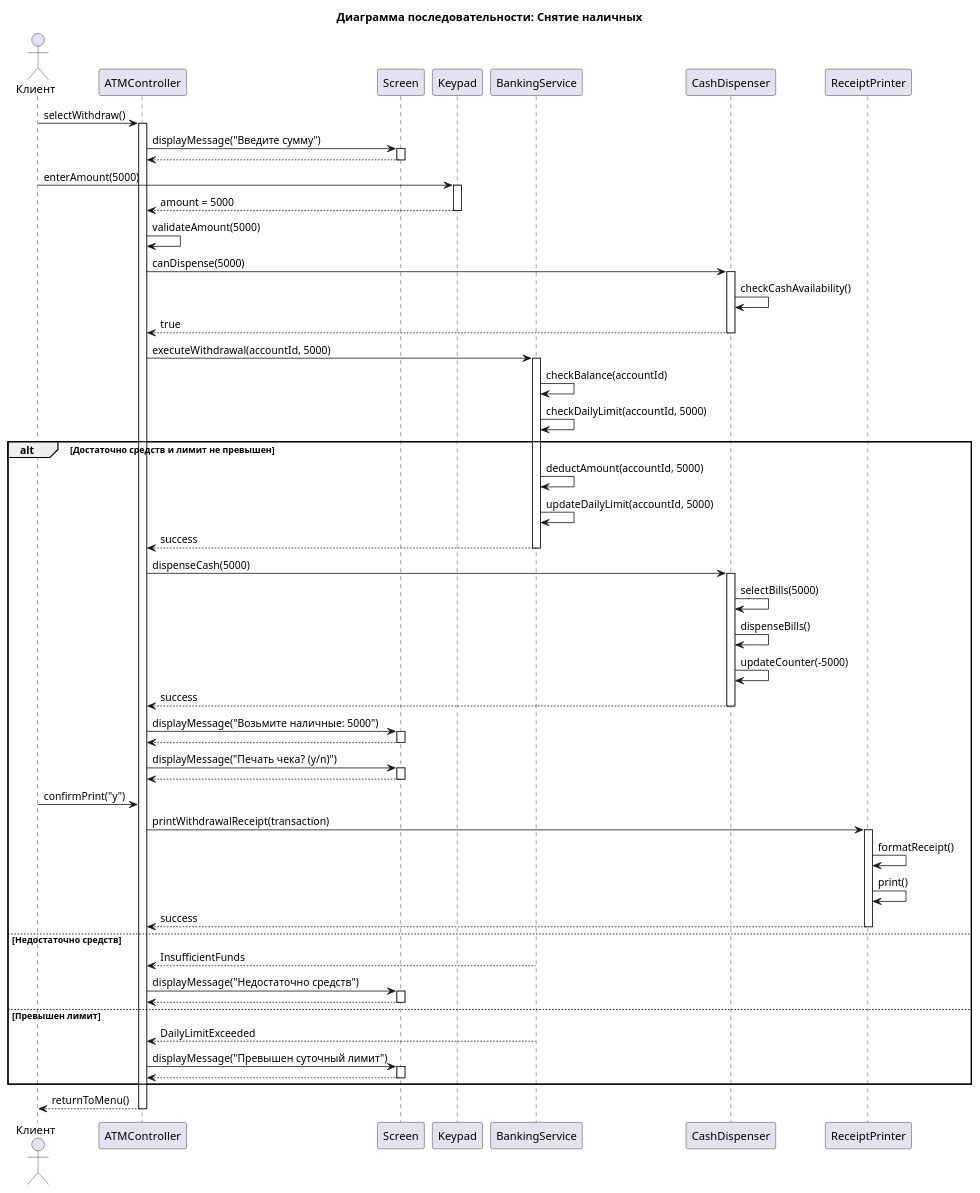
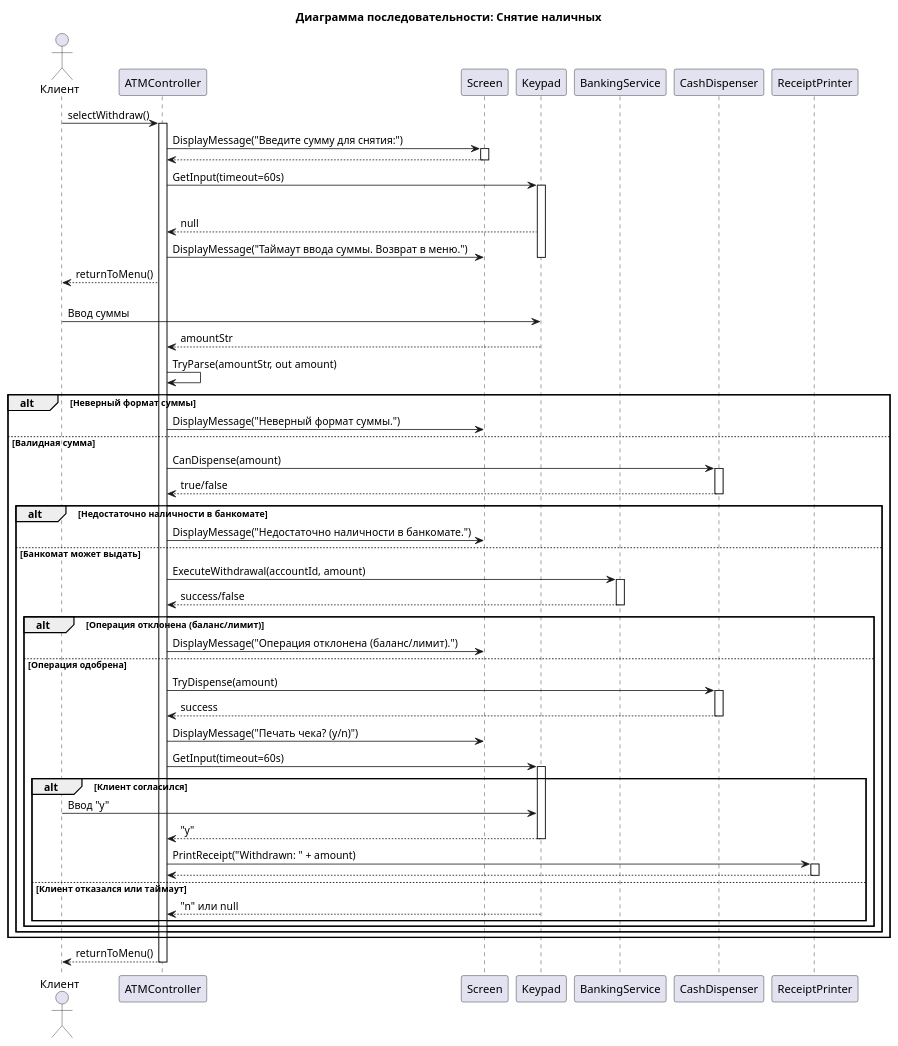
Before and after one commit to penamarth/bsbo-16-23_team5_var1_atm: the diagram in Прецеденты/Снять наличные/sequence_diagram.puml, drawn with PlantUML. The commit also changed 26 other files, not shown here.

```diff
--- a/Прецеденты/Снять наличные/sequence_diagram.puml
+++ b/Прецеденты/Снять наличные/sequence_diagram.puml
@@ -1,94 +1,84 @@
 @startuml
 title Диаграмма последовательности: Снятие наличных
 
 actor "Клиент" as Client
 participant "ATMController" as Controller
 participant "Screen" as Screen
 participant "Keypad" as Keypad
 participant "BankingService" as Banking
 participant "CashDispenser" as Dispenser
 participant "ReceiptPrinter" as Printer
 
 Client -> Controller: selectWithdraw()
 activate Controller
 
-Controller -> Screen: displayMessage("Введите сумму")
+Controller -> Screen: DisplayMessage("Введите сумму для снятия:")
 activate Screen
 Screen --> Controller:
 deactivate Screen
 
-Client -> Keypad: enterAmount(5000)
+Controller -> Keypad: GetInput(timeout=60s)
 activate Keypad
-Keypad --> Controller: amount = 5000
-deactivate Keypad
 
-Controller -> Controller: validateAmount(5000)
+alt Таймаут ввода суммы
+    Keypad --> Controller: null
+    Controller -> Screen: DisplayMessage("Таймаут ввода суммы. Возврат в меню.")
+    deactivate Keypad
+    Controller --> Client: returnToMenu()
+else Введена сумма
+    Client -> Keypad: Ввод суммы
+    Keypad --> Controller: amountStr
+    deactivate Keypad
 
-Controller -> Dispenser: canDispense(5000)
-activate Dispenser
-Dispenser -> Dispenser: checkCashAvailability()
-Dispenser --> Controller: true
-deactivate Dispenser
+Controller -> Controller: TryParse(amountStr, out amount)
 
-Controller -> Banking: executeWithdrawal(accountId, 5000)
-activate Banking
-
-Banking -> Banking: checkBalance(accountId)
-Banking -> Banking: checkDailyLimit(accountId, 5000)
-
-alt Достаточно средств и лимит не превышен
-    Banking -> Banking: deductAmount(accountId, 5000)
-    Banking -> Banking: updateDailyLimit(accountId, 5000)
-    Banking --> Controller: success
-    deactivate Banking
-    
-    Controller -> Dispenser: dispenseCash(5000)
+alt Неверный формат суммы
+    Controller -> Screen: DisplayMessage("Неверный формат суммы.")
+else Валидная сумма
+    Controller -> Dispenser: CanDispense(amount)
     activate Dispenser
-    Dispenser -> Dispenser: selectBills(5000)
-    Dispenser -> Dispenser: dispenseBills()
-    Dispenser -> Dispenser: updateCounter(-5000)
-    Dispenser --> Controller: success
+    Dispenser --> Controller: true/false
     deactivate Dispenser
     
-    Controller -> Screen: displayMessage("Возьмите наличные: 5000")
-    activate Screen
-    Screen --> Controller:
-    deactivate Screen
-    
-    Controller -> Screen: displayMessage("Печать чека? (y/n)")
-    activate Screen
-    Screen --> Controller:
-    deactivate Screen
-    
-    Client -> Controller: confirmPrint("y")
-    
-    Controller -> Printer: printWithdrawalReceipt(transaction)
-    activate Printer
-    Printer -> Printer: formatReceipt()
-    Printer -> Printer: print()
-    Printer --> Controller: success
-    deactivate Printer
-    
-else Недостаточно средств
-    Banking --> Controller: InsufficientFunds
-    deactivate Banking
-    
-    Controller -> Screen: displayMessage("Недостаточно средств")
-    activate Screen
-    Screen --> Controller:
-    deactivate Screen
-    
-else Превышен лимит
-    Banking --> Controller: DailyLimitExceeded
-    deactivate Banking
-    
-    Controller -> Screen: displayMessage("Превышен суточный лимит")
-    activate Screen
-    Screen --> Controller:
-    deactivate Screen
+    alt Недостаточно наличности в банкомате
+        Controller -> Screen: DisplayMessage("Недостаточно наличности в банкомате.")
+    else Банкомат может выдать
+        Controller -> Banking: ExecuteWithdrawal(accountId, amount)
+        activate Banking
+        Banking --> Controller: success/false
+        deactivate Banking
+        
+        alt Операция отклонена (баланс/лимит)
+            Controller -> Screen: DisplayMessage("Операция отклонена (баланс/лимит).")
+        else Операция одобрена
+            Controller -> Dispenser: TryDispense(amount)
+            activate Dispenser
+            Dispenser --> Controller: success
+            deactivate Dispenser
+            
+            ' --- Предложение печати чека ---
+            Controller -> Screen: DisplayMessage("Печать чека? (y/n)")
+            Controller -> Keypad: GetInput(timeout=60s)
+            activate Keypad
+            
+            alt Клиент согласился
+                Client -> Keypad: Ввод "y"
+                Keypad --> Controller: "y"
+                deactivate Keypad
+                
+                Controller -> Printer: PrintReceipt("Withdrawn: " + amount)
+                activate Printer
+                Printer --> Controller
+                deactivate Printer
+            else Клиент отказался или таймаут
+                Keypad --> Controller: "n" или null
+                deactivate Keypad
+            end
+        end
+    end
 end
 
 Controller --> Client: returnToMenu()
 deactivate Controller
 
 @enduml
```
